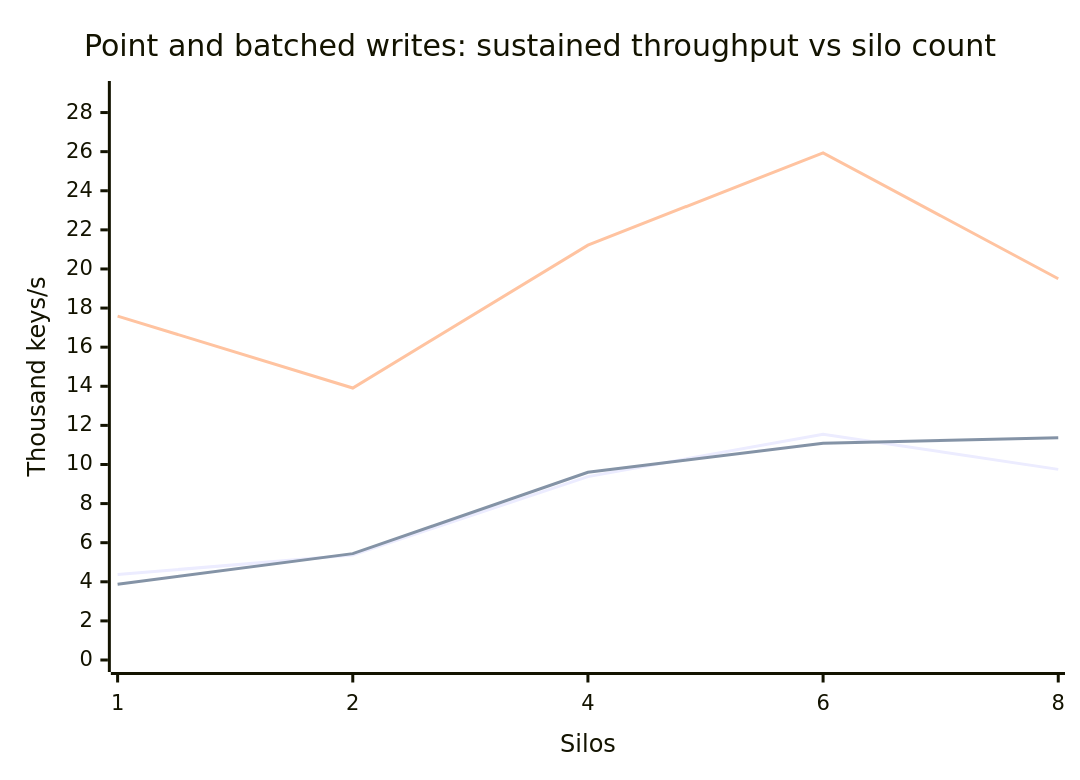
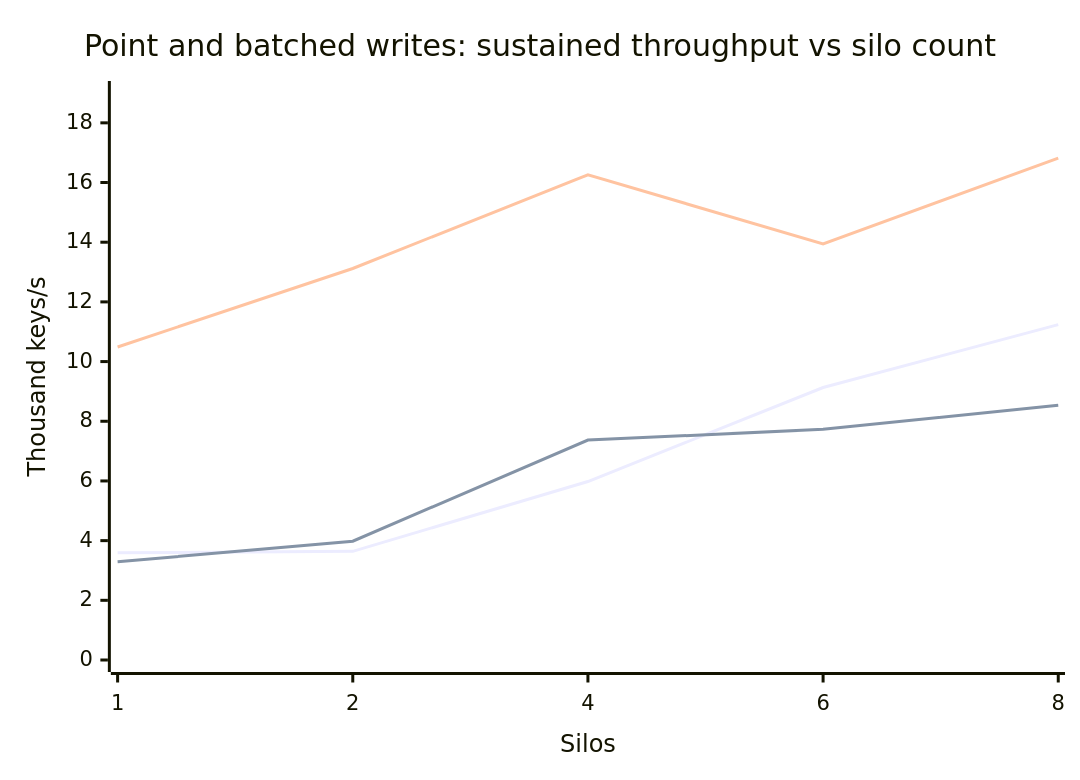
Before and after one commit to NSTA1/Orleans.Lattice: the third of 4 diagrams in docs/lattice/performance-multi-silo.md, drawn with Mermaid. The commit also changed other lines of this file, not shown here.

````diff
--- a/docs/lattice/performance-multi-silo.md
+++ b/docs/lattice/performance-multi-silo.md
@@ -91,9 +94,9 @@
 ```mermaid
 xychart-beta
     title "Point and batched writes: sustained throughput vs silo count"
     x-axis "Silos" ["1", "2", "4", "6", "8"]
-    y-axis "Thousand keys/s" 0 --> 29
-    line [4.37, 5.37, 9.38, 11.55, 9.75]
-    line [3.87, 5.44, 9.6, 11.09, 11.37]
-    line [17.59, 13.91, 21.22, 25.94, 19.5]
+    y-axis "Thousand keys/s" 0 --> 19
+    line [3.59, 3.64, 5.98, 9.13, 11.24]
+    line [3.29, 3.98, 7.37, 7.73, 8.54]
+    line [10.49, 13.12, 16.26, 13.94, 16.82]
 ```
````
